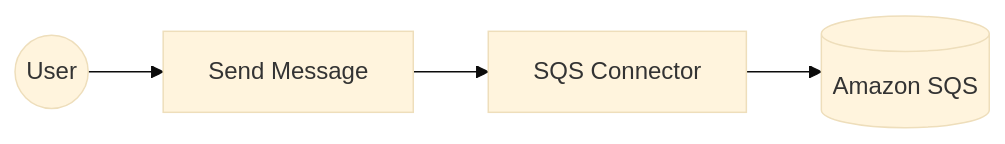
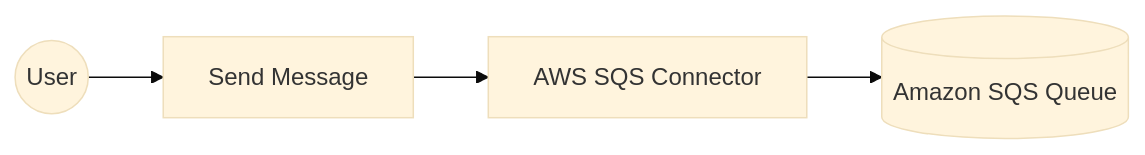
Before and after one commit to DimuthuMadushan/docs-integrator: the diagram in en/docs/connectors/catalog/messaging/aws.sqs/example.md, drawn with Mermaid (base theme). The commit also changed other lines of this file and 11 other files, not shown here.

Commit message:
Add docs for aws sqs in the connector catalog

````diff
--- a/en/docs/connectors/catalog/messaging/aws.sqs/example.md
+++ b/en/docs/connectors/catalog/messaging/aws.sqs/example.md
@@ -12,6 +18,6 @@
 ```mermaid
 flowchart LR
     A((User)) --> B[Send Message]
-    B --> C[SQS Connector]
-    C --> D[(Amazon SQS)]
+    B --> C[AWS SQS Connector]
+    C --> D[(Amazon SQS Queue)]
 ```
````
